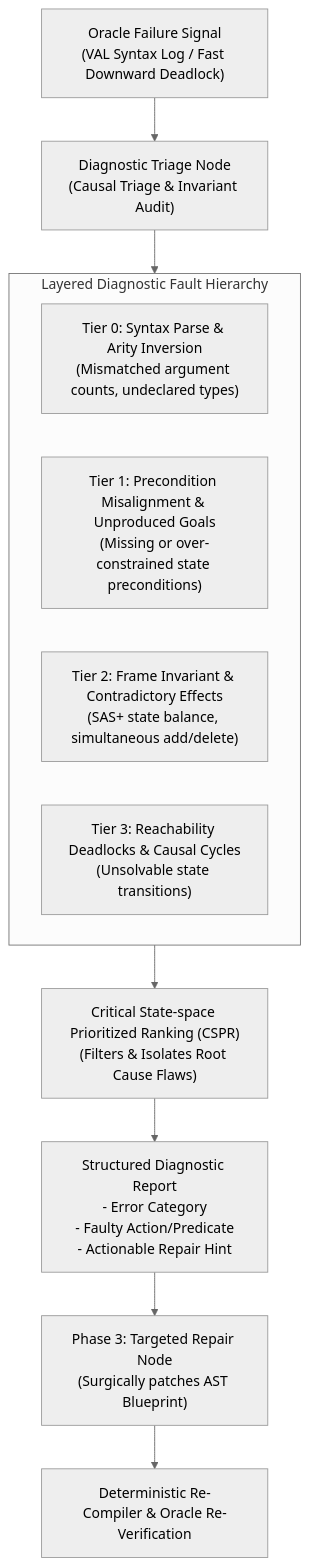
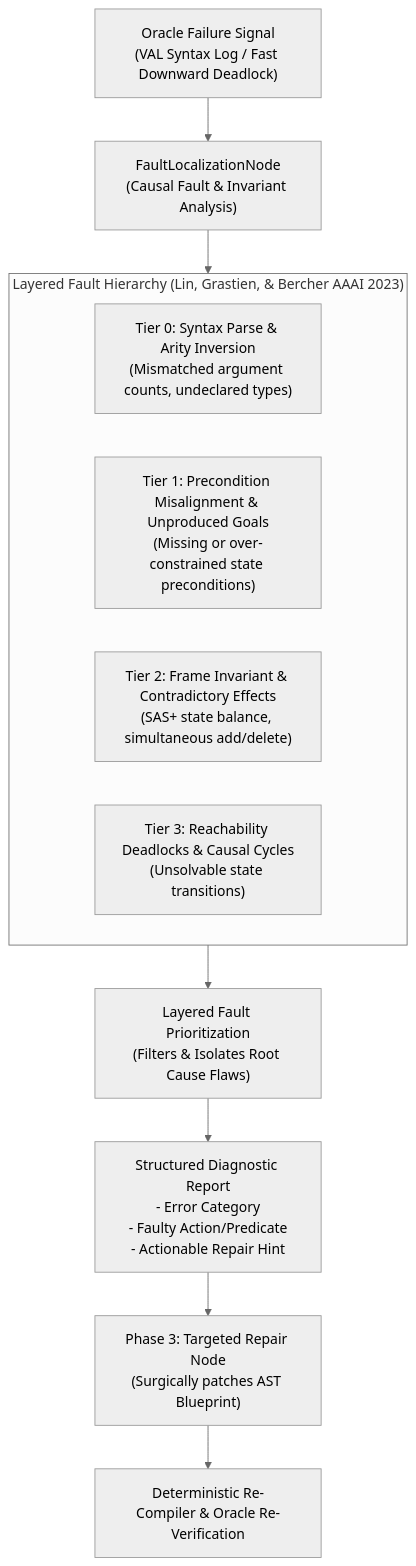
The third of 4 diagrams in readme.md (roshanmgupta/pddl-lifecycle-agent-domain-engineering), drawn with Mermaid (neutral theme) before and after one commit. The commit also changed other lines of this file and 1703 other files, not shown here.

````diff
--- a/readme.md
+++ b/readme.md
@@ -70,17 +70,18 @@
 ```mermaid
 flowchart TD
-    OracleFail["Oracle Failure Signal\n(VAL Syntax Log / Fast Downward Deadlock)"] --> TriageEngine["Diagnostic Triage Node\n(Causal Triage & Invariant Audit)"]
+    OracleFail["Oracle Failure Signal\n(VAL Syntax Log / Fast Downward Deadlock)"] --> TriageEngine["FaultLocalizationNode\n(Causal Fault & Invariant Analysis)"]
     
-    subgraph ErrorHierarchy["Layered Diagnostic Fault Hierarchy"]
+    subgraph ErrorHierarchy["Layered Fault Hierarchy (Lin, Grastien, & Bercher AAAI 2023)"]
         T0["Tier 0: Syntax Parse & Arity Inversion\n(Mismatched argument counts, undeclared types)"]
         T1["Tier 1: Precondition Misalignment & Unproduced Goals\n(Missing or over-constrained state preconditions)"]
         T2["Tier 2: Frame Invariant & Contradictory Effects\n(SAS+ state balance, simultaneous add/delete)"]
         T3["Tier 3: Reachability Deadlocks & Causal Cycles\n(Unsolvable state transitions)"]
     end
 
     TriageEngine --> ErrorHierarchy
-    ErrorHierarchy --> CSPR["Critical State-space Prioritized Ranking (CSPR)\n(Filters & Isolates Root Cause Flaws)"]
-    CSPR --> SurgicalHints["Structured Diagnostic Report\n- Error Category\n- Faulty Action/Predicate\n- Actionable Repair Hint"]
+    ErrorHierarchy --> StratifiedRanking["Layered Fault Prioritization\n(Filters & Isolates Root Cause Flaws)"]
+    SurgicalHints["Structured Diagnostic Report\n- Error Category\n- Faulty Action/Predicate\n- Actionable Repair Hint"]
+    StratifiedRanking --> SurgicalHints
     SurgicalHints --> RepairNode["Phase 3: Targeted Repair Node\n(Surgically patches AST Blueprint)"]
     RepairNode --> Recompile["Deterministic Re-Compiler & Oracle Re-Verification"]
 ```
````
